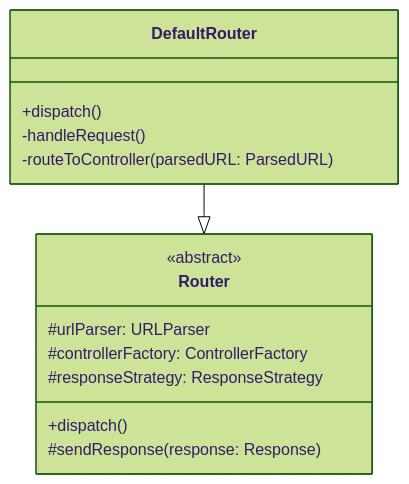
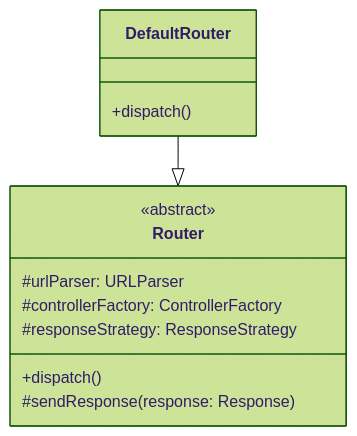
The second of 3 diagrams in documentazione/architettura_base/Router.md (mb4dev/progetto-prova), drawn with Mermaid (forest theme) before and after one commit. The commit also changed 12 other files, not shown here.

````diff
--- a/documentazione/architettura_base/Router.md
+++ b/documentazione/architettura_base/Router.md
@@ -35,20 +35,18 @@
 ```mermaid
 classDiagram
 class Router {
     <<abstract>>
     #urlParser: URLParser
     #controllerFactory: ControllerFactory
     #responseStrategy: ResponseStrategy
     +dispatch()
     #sendResponse(response: Response)
 }
 
 class DefaultRouter {
     +dispatch()
-    -handleRequest()
-    -routeToController(parsedURL: ParsedURL)
 }
 
 DefaultRouter --|> Router
 
 ```
````
